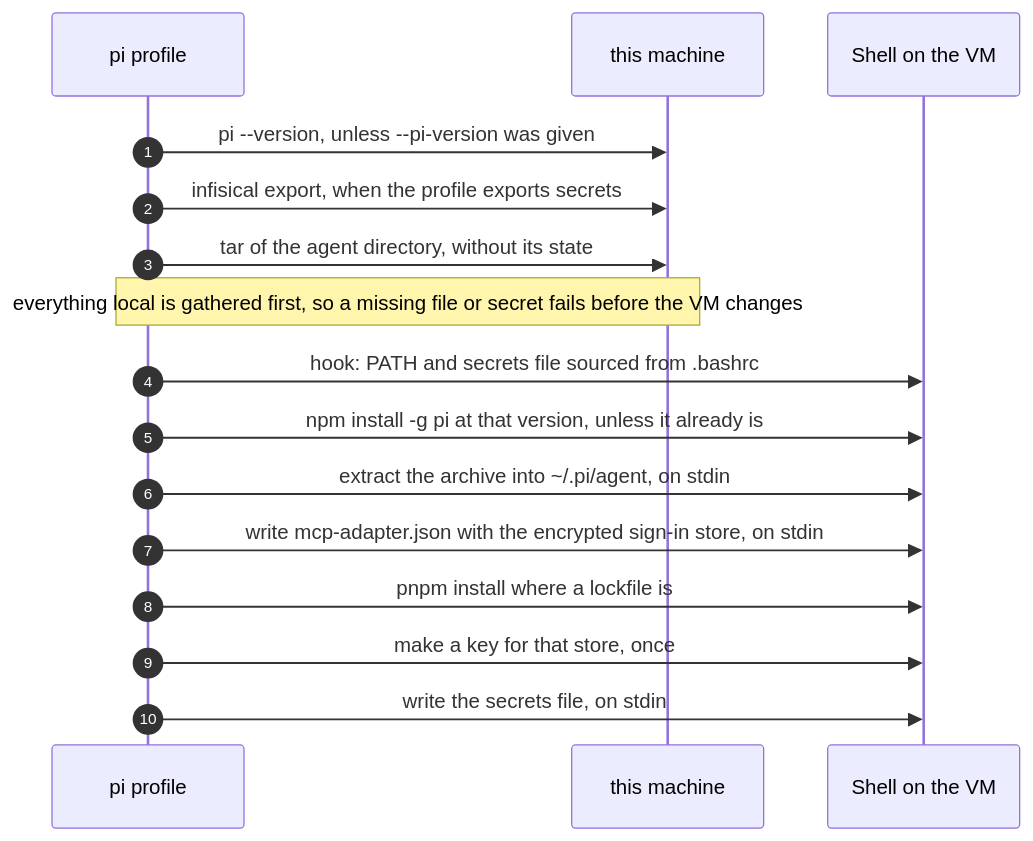
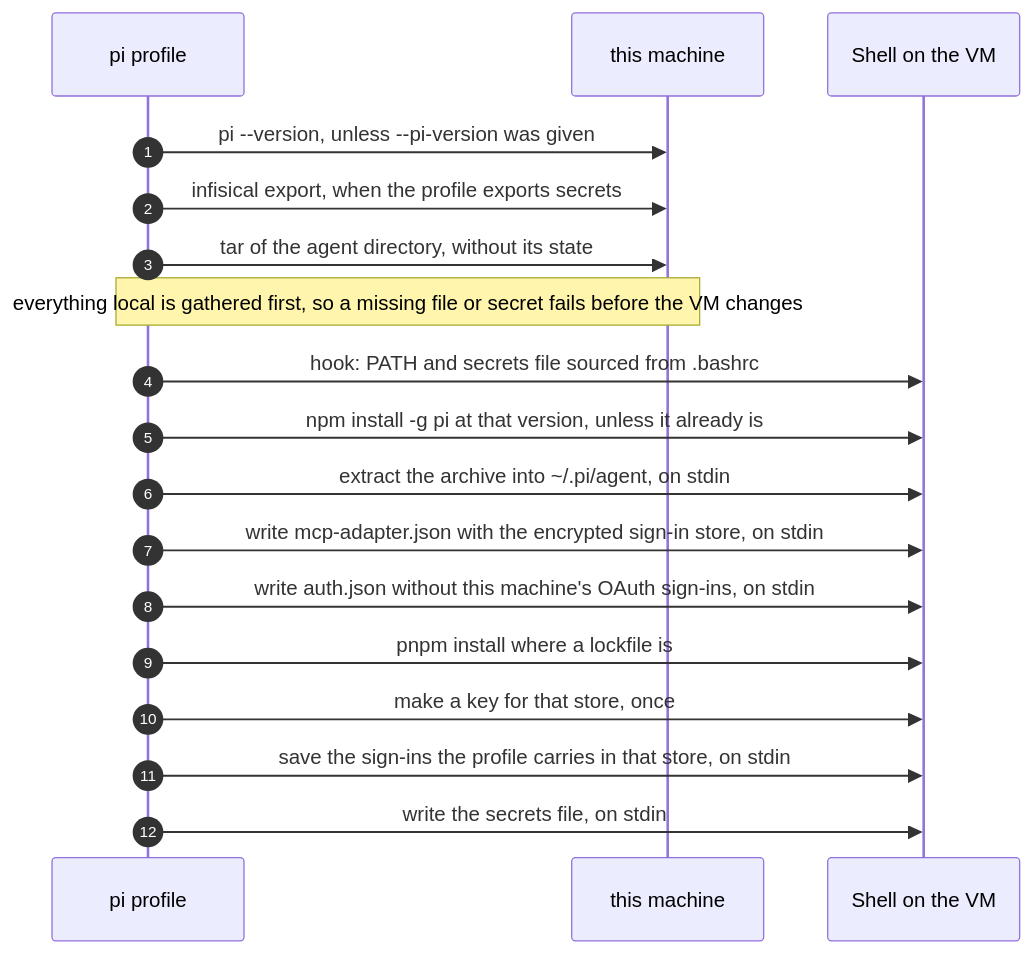
Before and after one commit to NextNodeSolutions/workspace: the diagram in docs/profiles/pi.md, drawn with Mermaid. The commit also changed other lines of this file and 10 other files, not shown here.

First line of the commit message:
feat(profile-agent): carry OAuth access tokens to the VM, never refresh tokens

````diff
--- a/docs/profiles/pi.md
+++ b/docs/profiles/pi.md
@@ -7,18 +7,20 @@
 ```mermaid
 sequenceDiagram
     autonumber
     participant P as pi profile
     participant M as this machine
     participant S as Shell on the VM
     P->>M: pi --version, unless --pi-version was given
     P->>M: infisical export, when the profile exports secrets
     P->>M: tar of the agent directory, without its state
     Note over P,M: everything local is gathered first, so a missing file or secret fails before the VM changes
     P->>S: hook: PATH and secrets file sourced from .bashrc
     P->>S: npm install -g pi at that version, unless it already is
     P->>S: extract the archive into ~/.pi/agent, on stdin
     P->>S: write mcp-adapter.json with the encrypted sign-in store, on stdin
+    P->>S: write auth.json without this machine's OAuth sign-ins, on stdin
     P->>S: pnpm install where a lockfile is
     P->>S: make a key for that store, once
+    P->>S: save the sign-ins the profile carries in that store, on stdin
     P->>S: write the secrets file, on stdin
 ```
````
